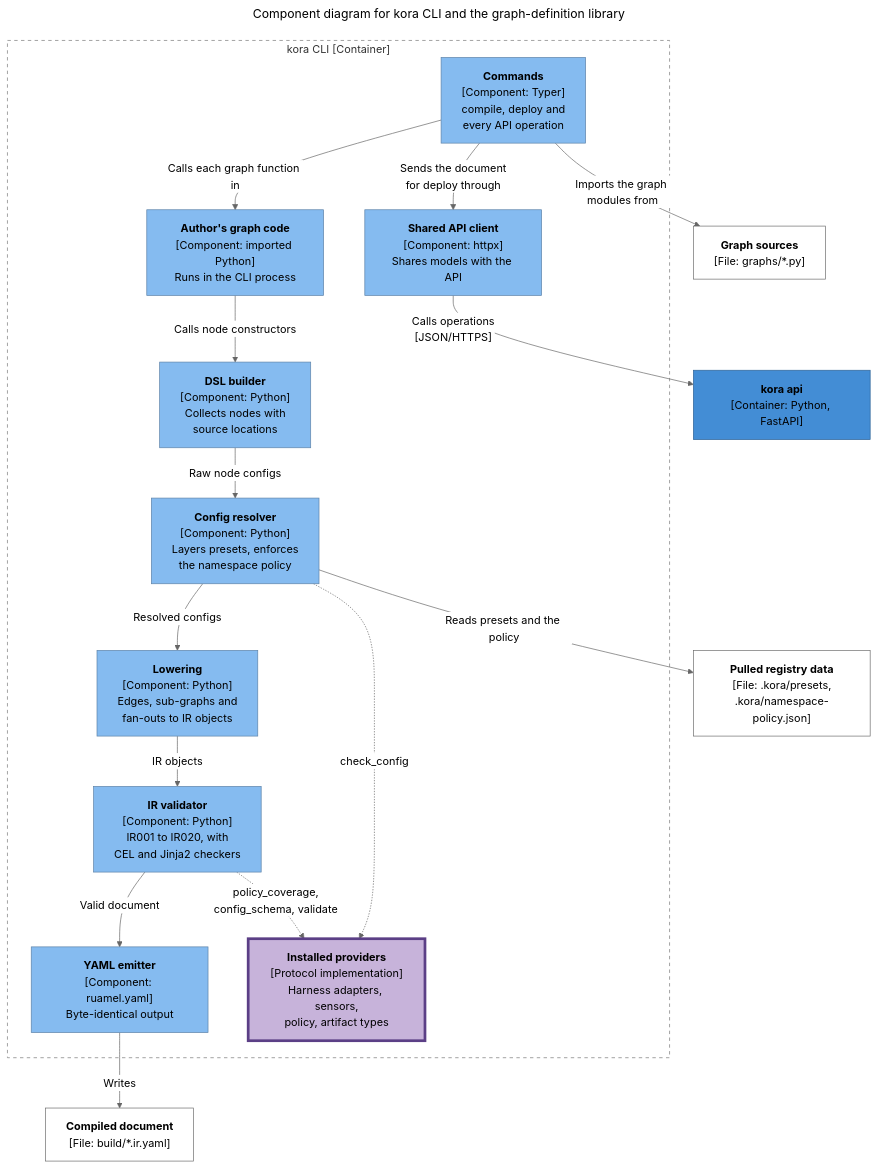
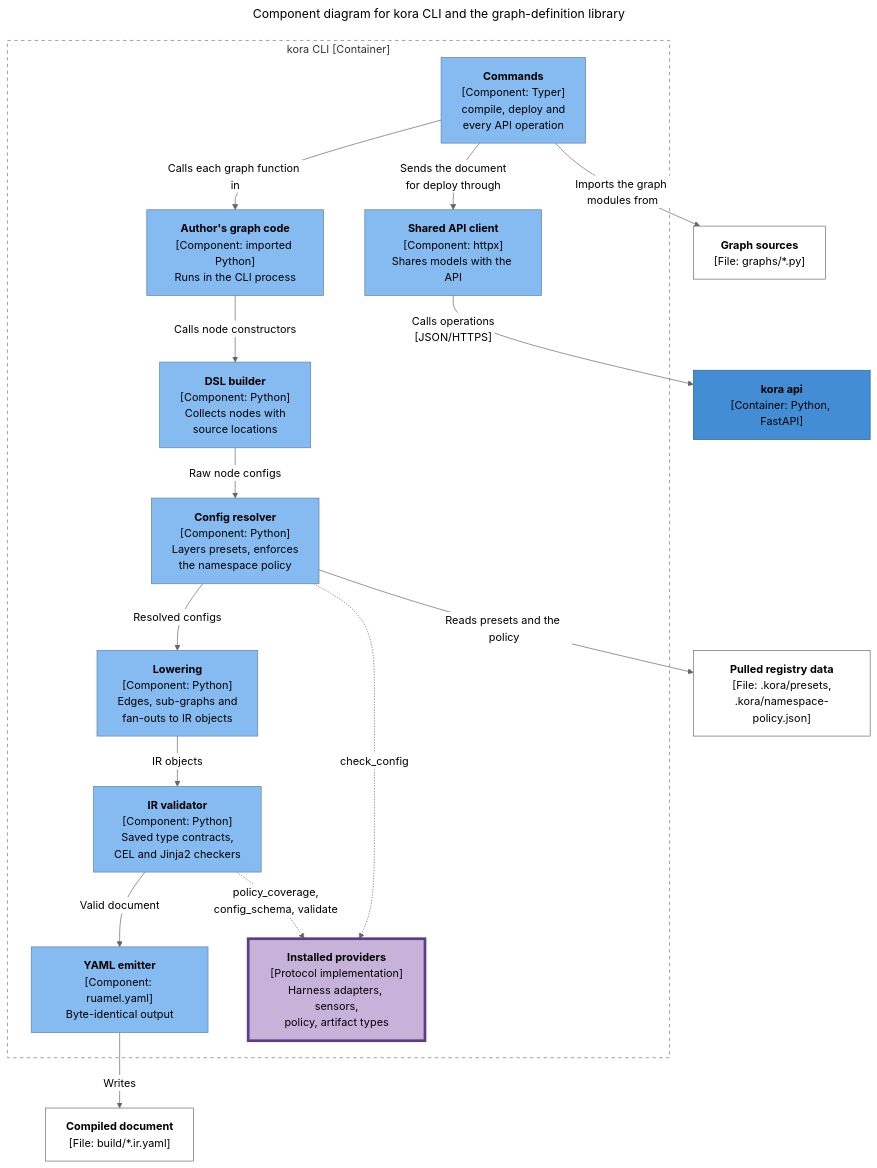
Diagram 19 of 24 in knowledge/architecture/internals.md (klukashka/kora), drawn with Mermaid (neutral theme) before and after one commit. The commit also changed other lines of this file, not shown here.

````diff
--- a/knowledge/architecture/internals.md
+++ b/knowledge/architecture/internals.md
@@ -1089,44 +1085,44 @@
 ```mermaid
 ---
 title: Component diagram for kora CLI and the graph-definition library
 ---
 flowchart TB
   accTitle: Component diagram for kora CLI and the graph-definition library
   accDescr: Commands import the author's graph modules and call each graph function, whose code calls the DSL builder. The config resolver layers configuration from the pulled registry data and enforces the namespace policy; lowering produces IR objects; the IR validator checks them, with its CEL and Jinja2 checkers and the installed providers; the YAML emitter writes the compiled document. The commands send the document through the shared API client to kora api.
   classDef component fill:#85BBF0,stroke:#5D82A8,color:#000000
   classDef plugin fill:#C7B3DA,stroke:#5B3F86,stroke-width:4px,color:#000000
   classDef container fill:#438DD5,stroke:#2E6295,color:#000000
   classDef file fill:#FFFFFF,stroke:#6B6B6B,color:#000000
 
   src["<b>Graph sources</b><br/>[File: graphs/*.py]"]:::file
   pulled["<b>Pulled registry data</b><br/>[File: .kora/presets,<br/>.kora/namespace-policy.json]"]:::file
   subgraph c ["kora CLI [Container]"]
     cmds["<b>Commands</b><br/>[Component: Typer]<br/>compile, deploy and<br/>every API operation"]:::component
     author["<b>Author's graph code</b><br/>[Component: imported Python]<br/>Runs in the CLI process"]:::component
     dsl["<b>DSL builder</b><br/>[Component: Python]<br/>Collects nodes with<br/>source locations"]:::component
     resolver["<b>Config resolver</b><br/>[Component: Python]<br/>Layers presets, enforces<br/>the namespace policy"]:::component
     lower["<b>Lowering</b><br/>[Component: Python]<br/>Edges, sub-graphs and<br/>fan-outs to IR objects"]:::component
-    validator["<b>IR validator</b><br/>[Component: Python]<br/>IR001 to IR020, with<br/>CEL and Jinja2 checkers"]:::component
+    validator["<b>IR validator</b><br/>[Component: Python]<br/>Saved type contracts,<br/>CEL and Jinja2 checkers"]:::component
     emitter["<b>YAML emitter</b><br/>[Component: ruamel.yaml]<br/>Byte-identical output"]:::component
     client["<b>Shared API client</b><br/>[Component: httpx]<br/>Shares models with the API"]:::component
     prov["<b>Installed providers</b><br/>[Protocol implementation]<br/>Harness adapters, sensors,<br/>policy, artifact types"]:::plugin
   end
   out["<b>Compiled document</b><br/>[File: build/*.ir.yaml]"]:::file
   api["<b>kora api</b><br/>[Container: Python, FastAPI]"]:::container
 
   cmds -->|"Imports the graph modules from"| src
   cmds -->|"Calls each graph function in"| author
   author -->|"Calls node constructors"| dsl
   dsl -->|"Raw node configs"| resolver
   resolver -->|"Reads presets and the policy"| pulled
   resolver -->|"Resolved configs"| lower
   lower -->|"IR objects"| validator
   resolver -.->|"check_config"| prov
   validator -.->|"policy_coverage,<br/>config_schema, validate"| prov
   validator -->|"Valid document"| emitter
   emitter -->|"Writes"| out
   cmds -->|"Sends the document<br/>for deploy through"| client
   client -->|"Calls operations<br/>[JSON/HTTPS]"| api
 
   style c fill:none,stroke:#767676,stroke-dasharray:5 5
 ```
````
